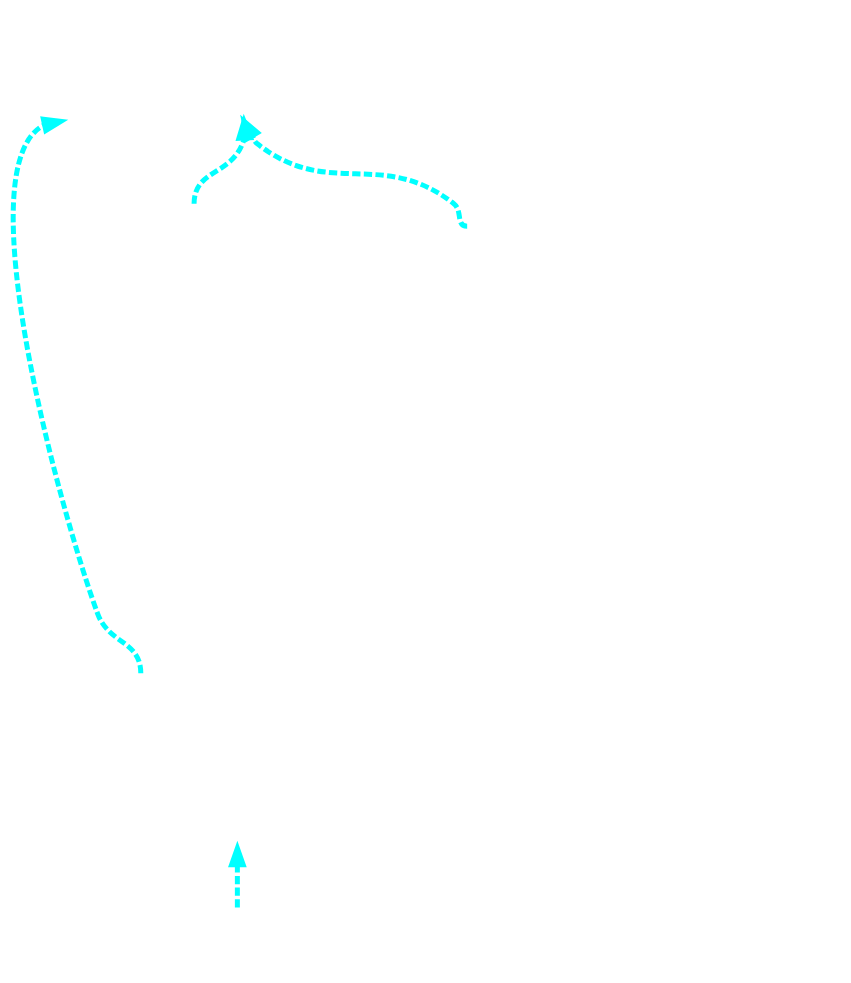
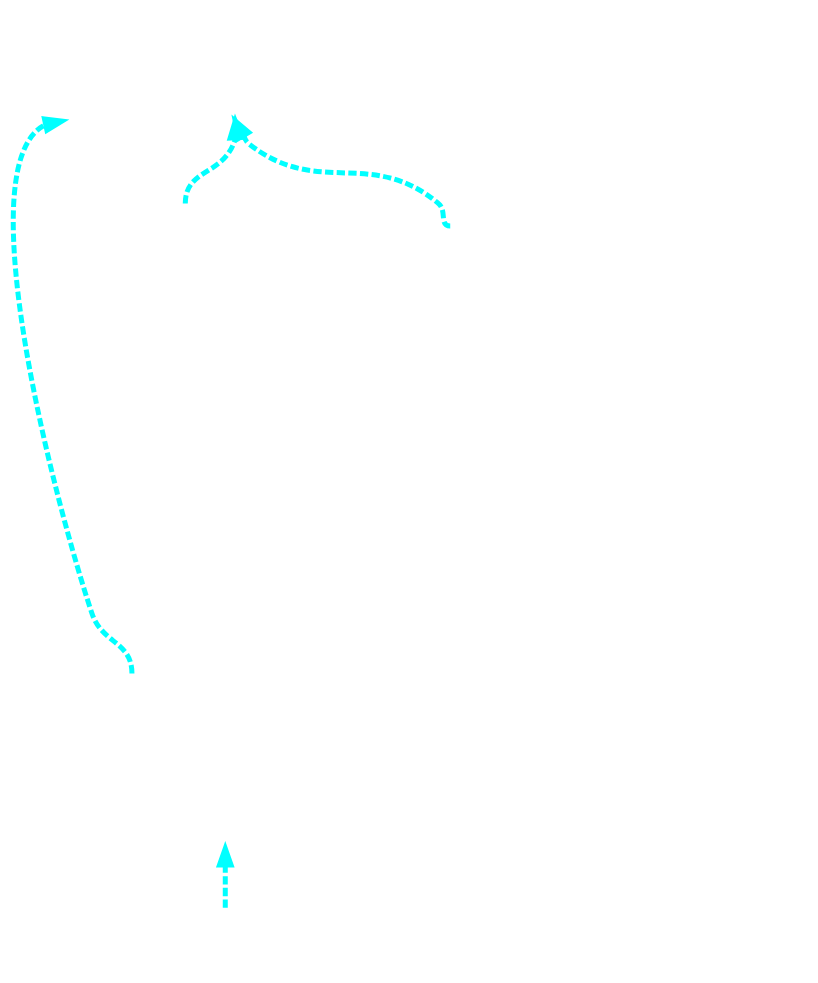
Before and after one commit to frasercrmck/llvm-leg: the diagram in docs/Codeplay/examples/ex1-entry-selection-dag-style.dot, drawn with Graphviz. The commit also changed 3 other files, not shown here.

Commit message:
Change the graph labels not to be bold.

```diff
--- a/docs/Codeplay/examples/ex1-entry-selection-dag-style.dot
+++ b/docs/Codeplay/examples/ex1-entry-selection-dag-style.dot
@@ -1,24 +1,24 @@
 digraph "dag-combine1 input for foo:entry" {
 	rankdir="BT";
 	bgcolor="transparent";
 
-	Node0x3422d70 [shape=record,shape=Mrecord,label="{EntryToken|0x3422d70|{<d0>ch}}",penwidth=3,color="white",fontname="Calibri Bold",fontsize=16,fontcolor="white",fontname="Calibri Bold",fontsize=16,fontcolor="white"];
-	Node0x34489d0 [shape=record,shape=Mrecord,label="{Register %vreg1|0x34489d0|{<d0>i32}}",penwidth=3,color="white",fontname="Calibri Bold",fontsize=16,fontcolor="white"];
-	Node0x3448ad8 [shape=record,shape=Mrecord,label="{{<s0>0|<s1>1}|CopyFromReg [ORD=1]|0x3448ad8|{<d0>i32|<d1>ch}}",penwidth=3,color="white",fontname="Calibri Bold",fontsize=16,fontcolor="white"];
-	Node0x3448ad8:s0 -> Node0x3422d70:d0[color=cyan,style=dashed,penwidth=3,fontname="Calibri Bold",fontsize=16,fontcolor="white"];
-	Node0x3448ad8:s1 -> Node0x34489d0:d0[penwidth=3,color="white",fontname="Calibri Bold",fontsize=16,fontcolor="white"];
-	Node0x3448be0 [shape=record,shape=Mrecord,label="{Register %vreg2|0x3448be0|{<d0>i32}}",penwidth=3,color="white",fontname="Calibri Bold",fontsize=16,fontcolor="white"];
-	Node0x3448ce8 [shape=record,shape=Mrecord,label="{{<s0>0|<s1>1}|CopyFromReg [ORD=1]|0x3448ce8|{<d0>i32|<d1>ch}}",penwidth=3,color="white",fontname="Calibri Bold",fontsize=16,fontcolor="white"];
-	Node0x3448ce8:s0 -> Node0x3422d70:d0[color=cyan,style=dashed,penwidth=3,fontname="Calibri Bold",fontsize=16,fontcolor="white"];
-	Node0x3448ce8:s1 -> Node0x3448be0:d0[penwidth=3,color="white",fontname="Calibri Bold",fontsize=16,fontcolor="white"];
-	Node0x3448df0 [shape=record,shape=Mrecord,label="{{<s0>0|<s1>1}|add [ORD=2]|0x3448df0|{<d0>i32}}",penwidth=3,color="white",fontname="Calibri Bold",fontsize=16,fontcolor="white"];
-	Node0x3448df0:s0 -> Node0x3448ad8:d0[penwidth=3,color="white",fontname="Calibri Bold",fontsize=16,fontcolor="white"];
-	Node0x3448df0:s1 -> Node0x3448ce8:d0[penwidth=3,color="white",fontname="Calibri Bold",fontsize=16,fontcolor="white"];
-	Node0x3448ef8 [shape=record,shape=Mrecord,label="{Register %vreg0|0x3448ef8|{<d0>i32}}",penwidth=3,color="white",fontname="Calibri Bold",fontsize=16,fontcolor="white"];
-	Node0x3449000 [shape=record,shape=Mrecord,label="{{<s0>0|<s1>1|<s2>2}|CopyToReg [ORD=2]|0x3449000|{<d0>ch}}",penwidth=3,color="white",fontname="Calibri Bold",fontsize=16,fontcolor="white"];
-	Node0x3449000:s0 -> Node0x3422d70:d0[color=cyan,style=dashed,penwidth=3,fontname="Calibri Bold",fontsize=16,fontcolor="white"];
-	Node0x3449000:s1 -> Node0x3448ef8:d0[penwidth=3,color="white",fontname="Calibri Bold",fontsize=16,fontcolor="white"];
-	Node0x3449000:s2 -> Node0x3448df0:d0[penwidth=3,color="white",fontname="Calibri Bold",fontsize=16,fontcolor="white"];
-	Node0x0[ plaintext=circle, label ="GraphRoot",penwidth=3,color="white",fontname="Calibri Bold",fontsize=16,fontcolor="white"];
-	Node0x0 -> Node0x3449000:d0[color=cyan,style=dashed,penwidth=3,fontname="Calibri Bold",fontsize=16,fontcolor="white"];
+	Node0x3422d70 [shape=record,shape=Mrecord,label="{EntryToken|0x3422d70|{<d0>ch}}",penwidth=3,color="white",fontname="Calibri",fontsize=16,fontcolor="white",fontname="Calibri",fontsize=16,fontcolor="white"];
+	Node0x34489d0 [shape=record,shape=Mrecord,label="{Register %vreg1|0x34489d0|{<d0>i32}}",penwidth=3,color="white",fontname="Calibri",fontsize=16,fontcolor="white"];
+	Node0x3448ad8 [shape=record,shape=Mrecord,label="{{<s0>0|<s1>1}|CopyFromReg [ORD=1]|0x3448ad8|{<d0>i32|<d1>ch}}",penwidth=3,color="white",fontname="Calibri",fontsize=16,fontcolor="white"];
+	Node0x3448ad8:s0 -> Node0x3422d70:d0[color=cyan,style=dashed,penwidth=3,fontname="Calibri",fontsize=16,fontcolor="white"];
+	Node0x3448ad8:s1 -> Node0x34489d0:d0[penwidth=3,color="white",fontname="Calibri",fontsize=16,fontcolor="white"];
+	Node0x3448be0 [shape=record,shape=Mrecord,label="{Register %vreg2|0x3448be0|{<d0>i32}}",penwidth=3,color="white",fontname="Calibri",fontsize=16,fontcolor="white"];
+	Node0x3448ce8 [shape=record,shape=Mrecord,label="{{<s0>0|<s1>1}|CopyFromReg [ORD=1]|0x3448ce8|{<d0>i32|<d1>ch}}",penwidth=3,color="white",fontname="Calibri",fontsize=16,fontcolor="white"];
+	Node0x3448ce8:s0 -> Node0x3422d70:d0[color=cyan,style=dashed,penwidth=3,fontname="Calibri",fontsize=16,fontcolor="white"];
+	Node0x3448ce8:s1 -> Node0x3448be0:d0[penwidth=3,color="white",fontname="Calibri",fontsize=16,fontcolor="white"];
+	Node0x3448df0 [shape=record,shape=Mrecord,label="{{<s0>0|<s1>1}|add [ORD=2]|0x3448df0|{<d0>i32}}",penwidth=3,color="white",fontname="Calibri",fontsize=16,fontcolor="white"];
+	Node0x3448df0:s0 -> Node0x3448ad8:d0[penwidth=3,color="white",fontname="Calibri",fontsize=16,fontcolor="white"];
+	Node0x3448df0:s1 -> Node0x3448ce8:d0[penwidth=3,color="white",fontname="Calibri",fontsize=16,fontcolor="white"];
+	Node0x3448ef8 [shape=record,shape=Mrecord,label="{Register %vreg0|0x3448ef8|{<d0>i32}}",penwidth=3,color="white",fontname="Calibri",fontsize=16,fontcolor="white"];
+	Node0x3449000 [shape=record,shape=Mrecord,label="{{<s0>0|<s1>1|<s2>2}|CopyToReg [ORD=2]|0x3449000|{<d0>ch}}",penwidth=3,color="white",fontname="Calibri",fontsize=16,fontcolor="white"];
+	Node0x3449000:s0 -> Node0x3422d70:d0[color=cyan,style=dashed,penwidth=3,fontname="Calibri",fontsize=16,fontcolor="white"];
+	Node0x3449000:s1 -> Node0x3448ef8:d0[penwidth=3,color="white",fontname="Calibri",fontsize=16,fontcolor="white"];
+	Node0x3449000:s2 -> Node0x3448df0:d0[penwidth=3,color="white",fontname="Calibri",fontsize=16,fontcolor="white"];
+	Node0x0[ plaintext=circle, label ="GraphRoot",penwidth=3,color="white",fontname="Calibri",fontsize=16,fontcolor="white"];
+	Node0x0 -> Node0x3449000:d0[color=cyan,style=dashed,penwidth=3,fontname="Calibri",fontsize=16,fontcolor="white"];
 }
```
